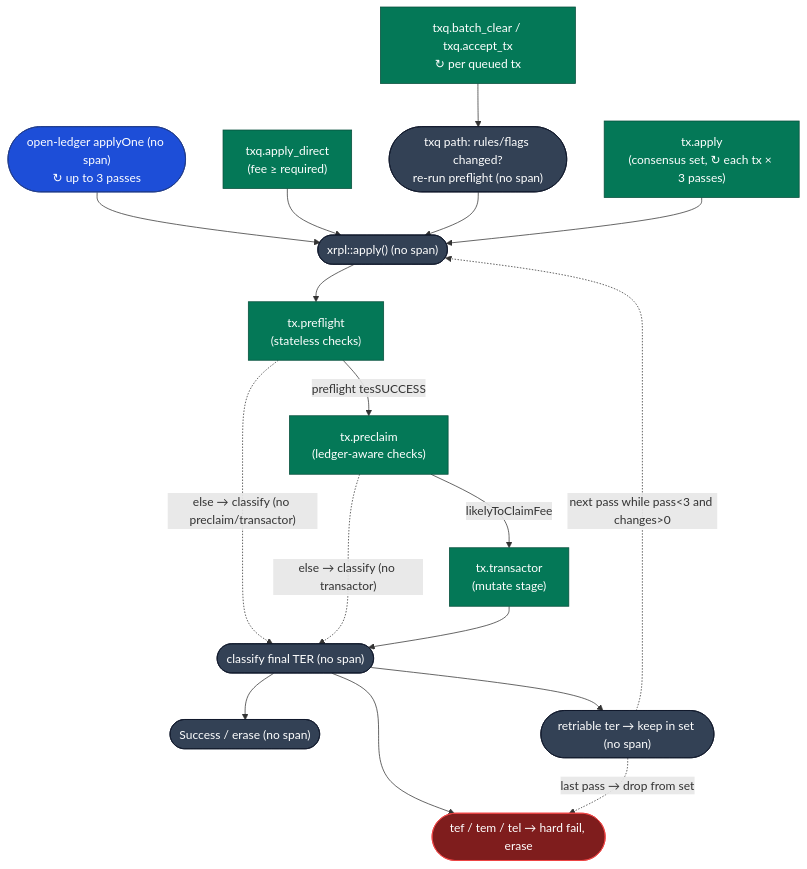
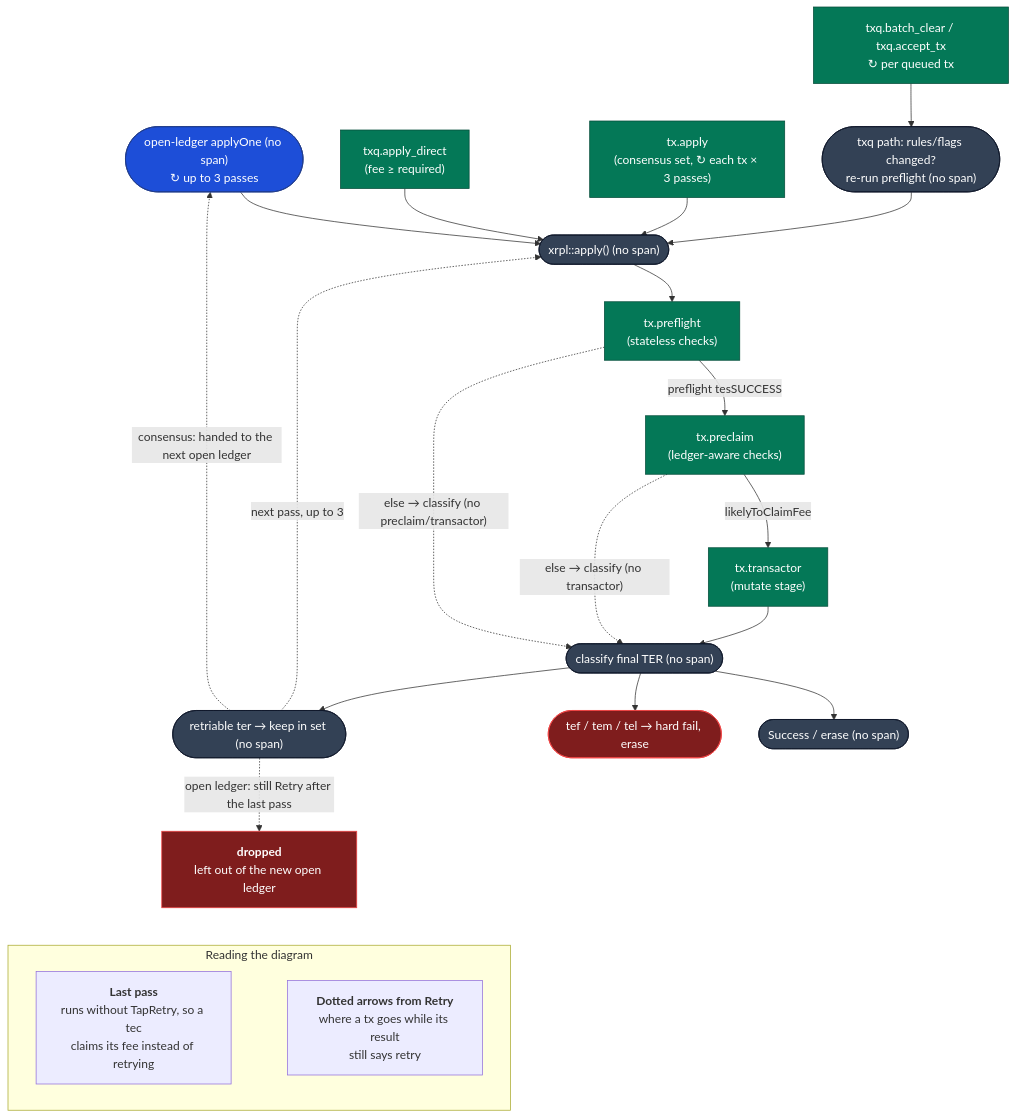
The fourth of 10 diagrams in docs/telemetry-runbook.md (XRPLF/rippled), drawn with Mermaid before and after one commit. The commit also changed other lines of this file, not shown here.

First line of the commit message:
docs(telemetry): Correct the runbook's code references and claims

````diff
--- a/docs/telemetry-runbook.md
+++ b/docs/telemetry-runbook.md
@@ -737,38 +723,55 @@
 ```mermaid
 flowchart TB
     classDef span fill:#047857,stroke:#064e3b,color:#fff;
     classDef plain fill:#334155,stroke:#0f172a,color:#fff;
     classDef inv fill:#1d4ed8,stroke:#1e3a8a,color:#fff;
     classDef drop fill:#7f1d1d,stroke:#ef4444,color:#fff;
 
     I1(["open-ledger applyOne (no span)<br/>↻ up to 3 passes"]):::inv
     I2["txq.apply_direct<br/>(fee ≥ required)"]:::span
     I3["txq.batch_clear / txq.accept_tx<br/>↻ per queued tx"]:::span
     I4["tx.apply<br/>(consensus set, ↻ each tx × 3 passes)"]:::span
 
     REPF(["txq path: rules/flags changed?<br/>re-run preflight (no span)"]):::plain
     FREE(["xrpl::apply() (no span)"]):::plain
     PF["tx.preflight<br/>(stateless checks)"]:::span
     PC["tx.preclaim<br/>(ledger-aware checks)"]:::span
     TR["tx.transactor<br/>(mutate stage)"]:::span
     CLS(["classify final TER (no span)"]):::plain
     OK(["Success / erase (no span)"]):::plain
     FAIL(["tef / tem / tel → hard fail, erase"]):::drop
     RETRY(["retriable ter → keep in set (no span)"]):::plain
 
     I1 --> FREE
     I2 --> FREE
     I3 --> REPF --> FREE
     I4 --> FREE
     FREE --> PF
     PF -->|preflight tesSUCCESS| PC
     PF -. "else → classify (no preclaim/transactor)" .-> CLS
     PC -->|likelyToClaimFee| TR
     PC -. "else → classify (no transactor)" .-> CLS
     TR --> CLS
     CLS --> OK
     CLS --> FAIL
     CLS --> RETRY
-    RETRY -. "next pass while pass<3 and changes>0" .-> FREE
-    RETRY -. "last pass → drop from set" .-> FAIL
+    RETRY -. "next pass, up to 3" .-> FREE
+    RETRY -. "open ledger: still Retry after the last pass" .-> GONE
+    RETRY -. "consensus: handed to the next open ledger" .-> I1
+
+    GONE["`**dropped**
+    left out of the new open ledger`"]:::drop
+
+    subgraph legend["Reading the diagram"]
+        direction LR
+        L1["`**Last pass**
+        runs without TapRetry, so a tec
+        claims its fee instead of retrying`"]
+        L2["`**Dotted arrows from Retry**
+        where a tx goes while its result
+        still says retry`"]
+    end
+
+    L1 ~~~ L2
+    GONE ~~~ legend
 ```
````
